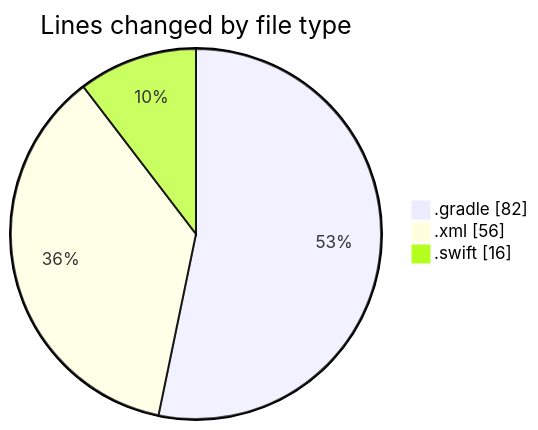
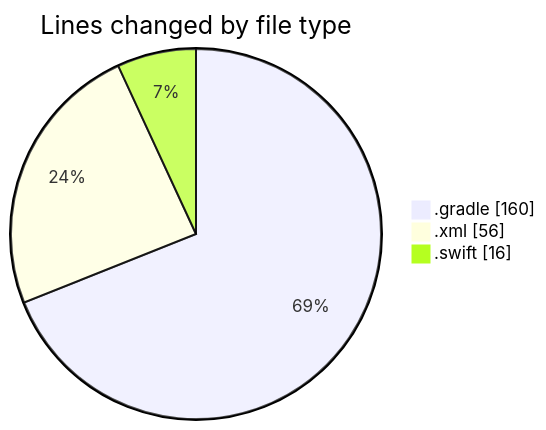
The first of 2 diagrams in 2025-01-01/uber_clone/README.md (donsfak/code-tracking), drawn with Mermaid before and after one commit. The commit also changed other lines of this file and 1 other file, not shown here.

````diff
--- a/2025-01-01/uber_clone/README.md
+++ b/2025-01-01/uber_clone/README.md
@@ -23,7 +23,7 @@
 ```mermaid
 pie showData
 title Lines changed by file type
-".gradle" : 82
+".gradle" : 160
 ".xml" : 56
 ".swift" : 16
 ```
````
